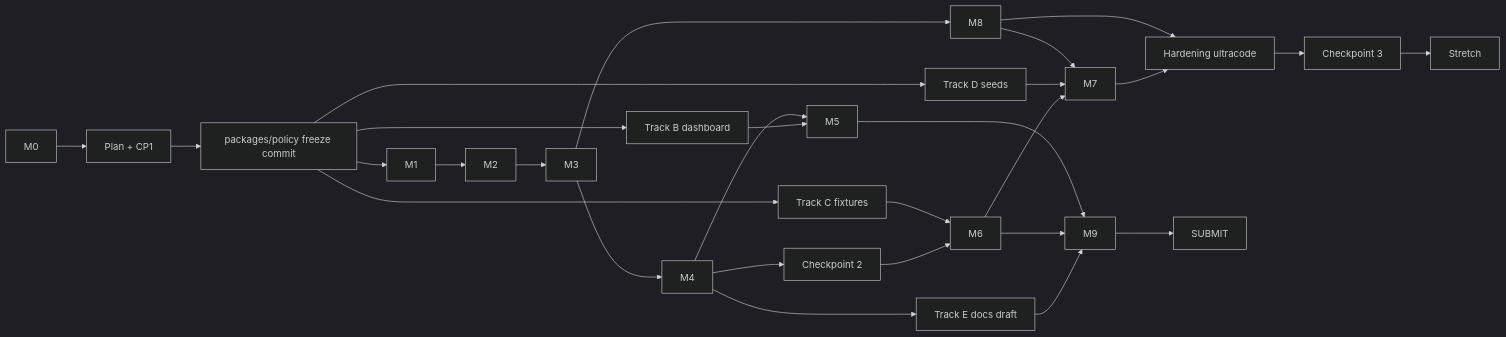
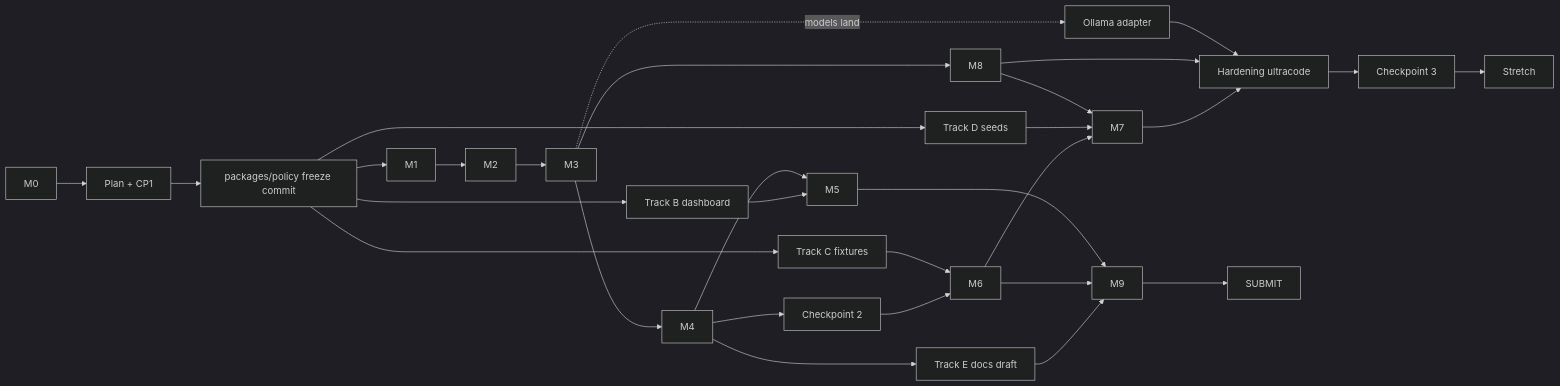
The diagram in docs/PLAN.md (Uudg/hackyeah-2026-tollgate), drawn with Mermaid (dark theme) before and after one commit. The commit also changed other lines of this file and 83 other files, not shown here.

First line of the commit message:
refactor(policy): adopt planning pack v2; schemas follow docs/SPEC.md (schema v2)

````diff
--- a/docs/PLAN.md
+++ b/docs/PLAN.md
@@ -423,27 +336,29 @@
 ```mermaid
 graph LR
   M0 --> P[Plan + CP1]
   P --> FREEZE[packages/policy freeze commit]
   FREEZE --> M1
   FREEZE --> B[Track B dashboard]
   FREEZE --> C[Track C fixtures]
   FREEZE --> D[Track D seeds]
   M1 --> M2 --> M3 --> M4 --> CP2[Checkpoint 2]
+  M3 -. models land .-> M3b[Ollama adapter]
   M4 --> E[Track E docs draft]
   CP2 --> M6
   C --> M6
   B --> M5
   M4 --> M5
   M6 --> M7
   D --> M7
   M3 --> M8
   M8 --> M7
   M7 --> H[Hardening ultracode]
   M8 --> H
+  M3b --> H
   H --> CP3[Checkpoint 3]
   CP3 --> S[Stretch]
   E --> M9
   M6 --> M9
   M5 --> M9
   M9 --> SUBMIT
 ```
````
